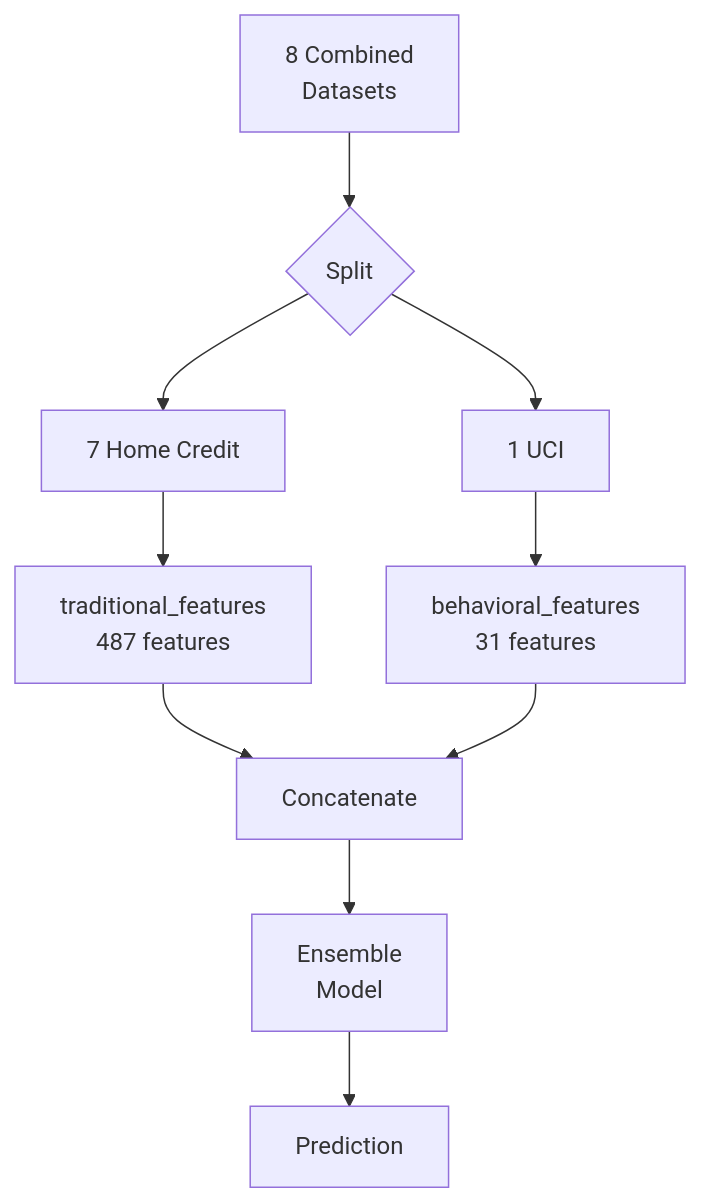
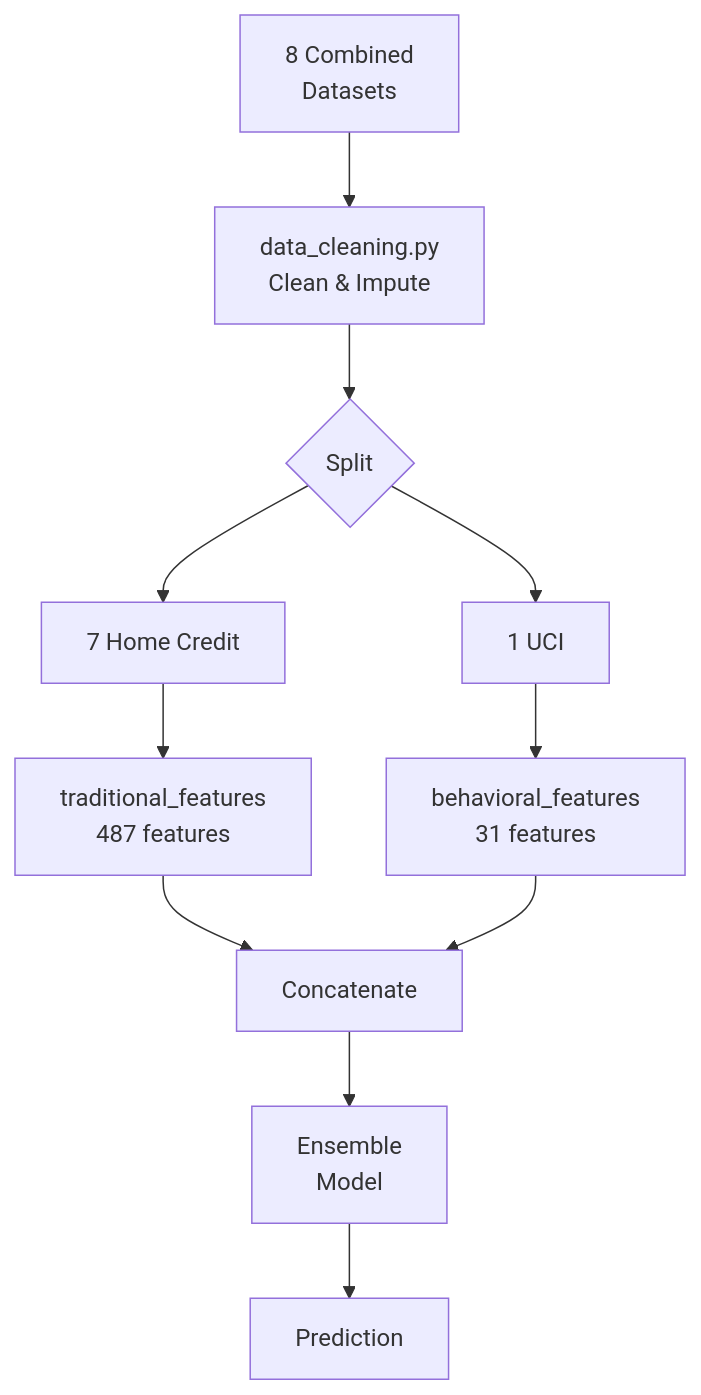
One commit to walterzenia/A-smart-Loan-default-hybrid-system changed the fourth of 10 diagrams in ARCHITECTURE_GUIDE_COMPACT.md. Above: the diagram before and after it, drawn with Mermaid. The commit also changed other lines of this file and 13 other files, not shown here.

First line of the commit message:
Centralize data cleaning logic in data_cleaning.py module

````diff
--- a/ARCHITECTURE_GUIDE_COMPACT.md
+++ b/ARCHITECTURE_GUIDE_COMPACT.md
@@ -82,16 +84,17 @@
 ```mermaid
 graph TB
-    A[8 Combined<br/>Datasets] --> Split{Split}
+    A[8 Combined<br/>Datasets] --> Clean[data_cleaning.py<br/>Clean & Impute]
+    Clean --> Split{Split}
 
     Split --> T[7 Home Credit]
     Split --> B[1 UCI]
 
     T --> TE[traditional_features<br/>487 features]
     B --> BE[behavioral_features<br/>31 features]
 
     TE --> C[Concatenate]
     BE --> C
 
     C --> M[Ensemble<br/>Model]
     M --> P[Prediction]
 ```
````
